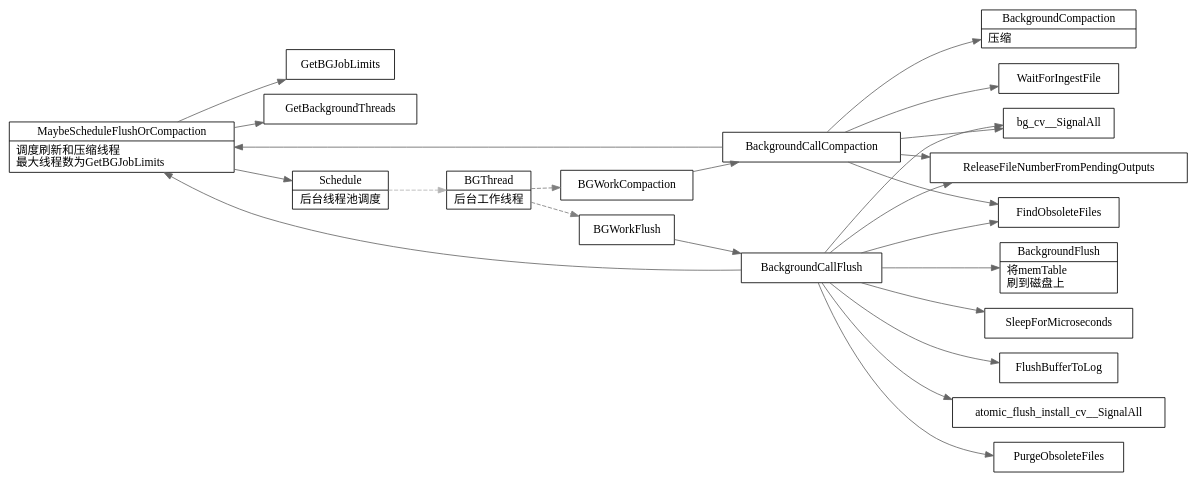
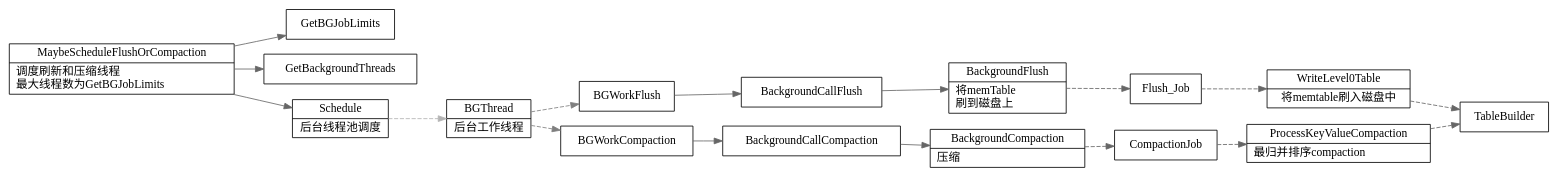
One commit to xieyu/blog changed the diagram in src/rocksdb/MaybeScheduleFlushOrCompaction.dot. Above: the diagram before and after it, drawn with Graphviz. The commit also changed 1 other file, not shown here.

Commit message:
add little detail about flush and compaction

```diff
--- a/src/rocksdb/MaybeScheduleFlushOrCompaction.dot
+++ b/src/rocksdb/MaybeScheduleFlushOrCompaction.dot
@@ -1,80 +1,80 @@
 digraph MaybeScheduleFlushOrCompaction {
   node[shape=box];
   edge[color=gray40];
   newrank=true;
   rankdir=LR;
   MaybeScheduleFlushOrCompaction[shape="record";
     label="{{
       MaybeScheduleFlushOrCompaction|
       调度刷新和压缩线程\l
       最大线程数为GetBGJobLimits\l
     }}";
   ];
   MaybeScheduleFlushOrCompaction -> {
     GetBGJobLimits;
     GetBackgroundThreads;
     Schedule;
   }
   Schedule[shape="record";
     label="{{
       Schedule|
       后台线程池调度
     }}";
   ];
   BGThread[shape="record";
     label="{{
       BGThread|
       后台工作线程
     }}";
   ];
   Schedule -> BGThread[style=dashed;color=gray70];
 
   BGThread -> {
     BGWorkFlush;
     BGWorkCompaction;
   }[style=dashed;color=gray50];
 
   BGWorkFlush -> {
     BackgroundCallFlush;
   }
 
   BackgroundCallFlush -> {
     BackgroundFlush;
-    bg_cv__SignalAll;
-    SleepForMicroseconds;
-    ReleaseFileNumberFromPendingOutputs;
-    FindObsoleteFiles;
-    FlushBufferToLog;
-    MaybeScheduleFlushOrCompaction;
-    atomic_flush_install_cv__SignalAll;
-    PurgeObsoleteFiles;
   }
-
   BackgroundFlush[shape="record";
     label="{{
       BackgroundFlush|
       将memTable\l 
       刷到磁盘上\l
     }}";
   ];
-  BackgroundCompaction[shape="record";
+  BackgroundFlush -> Flush_Job -> WriteLevel0Table -> TableBuilder[style=dashed;color=gray40];
+
+  WriteLevel0Table[shape="record";
     label="{{
-      BackgroundCompaction|
-      压缩\l
+      WriteLevel0Table|
+      将memtable刷入磁盘中
     }}";
   ];
 
 
   BGWorkCompaction -> {
     BackgroundCallCompaction;
   }
   BackgroundCallCompaction -> {
-    WaitForIngestFile;
     BackgroundCompaction;
-    FindObsoleteFiles;
-    ReleaseFileNumberFromPendingOutputs;
-    MaybeScheduleFlushOrCompaction;
-    bg_cv__SignalAll;
   }
-
+  BackgroundCompaction[shape="record";
+    label="{{
+      BackgroundCompaction|
+      压缩\l
+    }}";
+  ];
+  BackgroundCompaction -> CompactionJob -> ProcessKeyValueCompaction -> TableBuilder[style=dashed;color=gray40];
+  ProcessKeyValueCompaction[shape="record";
+    label="{{
+      ProcessKeyValueCompaction|
+      最归并排序compaction\l
+    }}";
+  ];
 }
```
